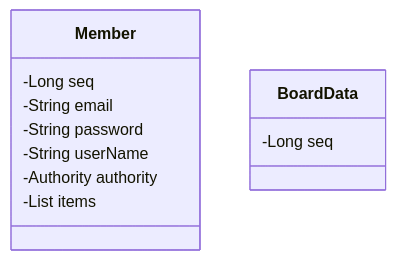
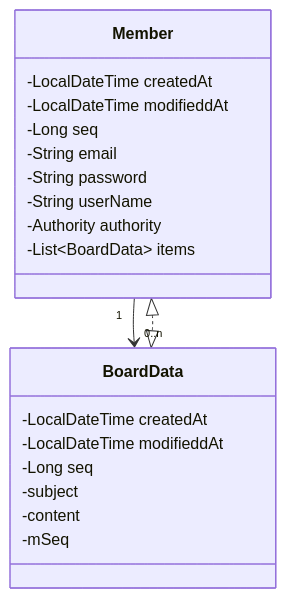
One commit to kth232/class502_13 changed the diagram in 11.프레임워크 프로그래밍_스프링부트/practice/README.md. Above: the diagram before and after it, drawn with Mermaid. The commit also changed other lines of this file and 7 other files, not shown here.

````diff
--- a/11.프레임워크 프로그래밍_스프링부트/practice/README.md
+++ b/11.프레임워크 프로그래밍_스프링부트/practice/README.md
@@ -26,17 +30,28 @@
 ```mermaid
 classDiagram
     class Member {
+        -LocalDateTime createdAt
+        -LocalDateTime modifieddAt
         -Long seq
         -String email
         -String password
         -String userName
         -Authority authority
-        -List<BoardData> items
+        -List~BoardData~ items
     }
     
     class BoardData {
+        -LocalDateTime createdAt
+        -LocalDateTime modifieddAt
         -Long seq
-        
+        -subject
+        -content
+        -mSeq
     }
-
+    
+    Member "1" --> "0..n" BoardData
+    %%일대다 관계
+    
+    Member <|..|> BoardData
+    %%연관관계
 ```
````
